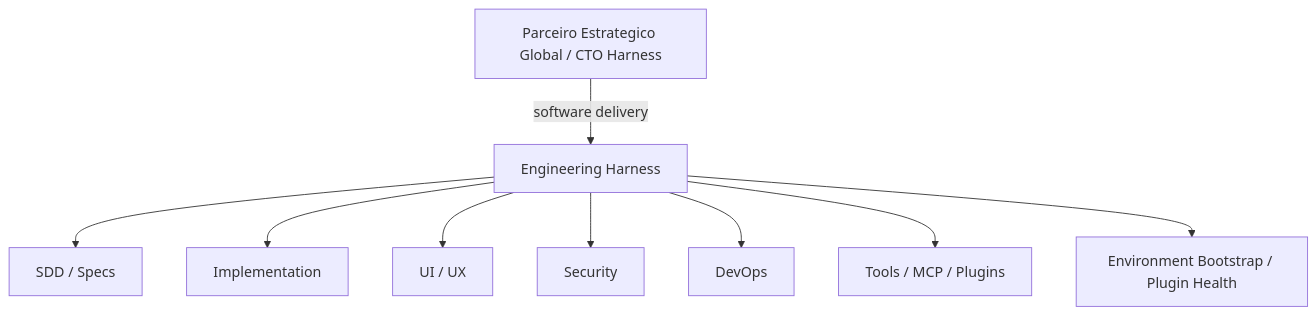
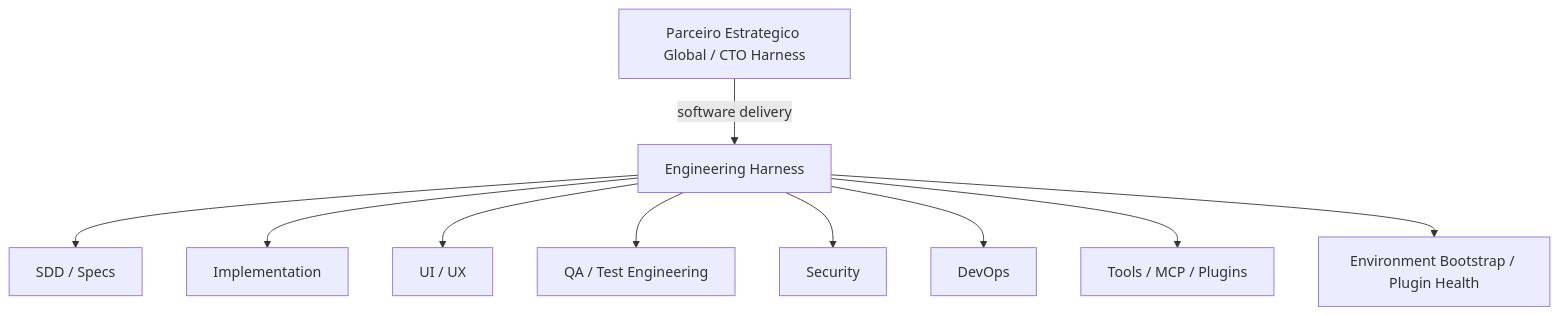
One commit to guilhermedemorais-dev/Dev-workflow changed the diagram in README.md. Above: the diagram before and after it, drawn with Mermaid. The commit also changed other lines of this file and 44 other files, not shown here.

````diff
--- a/README.md
+++ b/README.md
@@ -167,11 +175,12 @@
 ```mermaid
 flowchart TD
     A[Parceiro Estrategico Global / CTO Harness] -->|software delivery| B[Engineering Harness]
     B --> C[SDD / Specs]
     B --> D[Implementation]
     B --> E[UI / UX]
+    B --> QA[QA / Test Engineering]
     B --> F[Security]
     B --> DOPS[DevOps]
     B --> G[Tools / MCP / Plugins]
     B --> H[Environment Bootstrap / Plugin Health]
 ```
````
